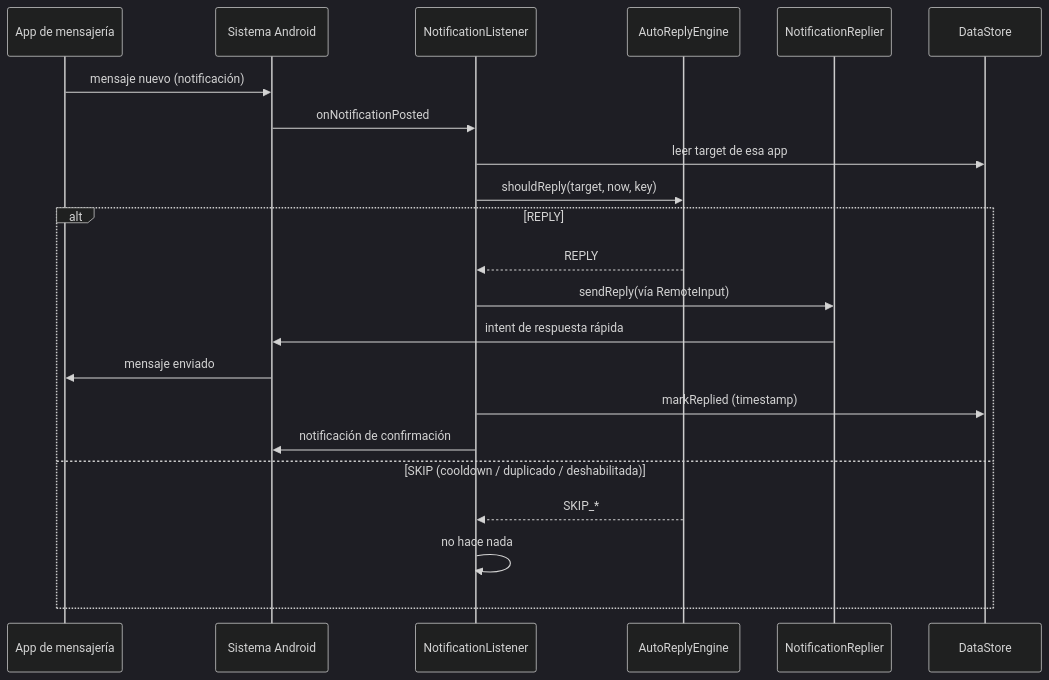
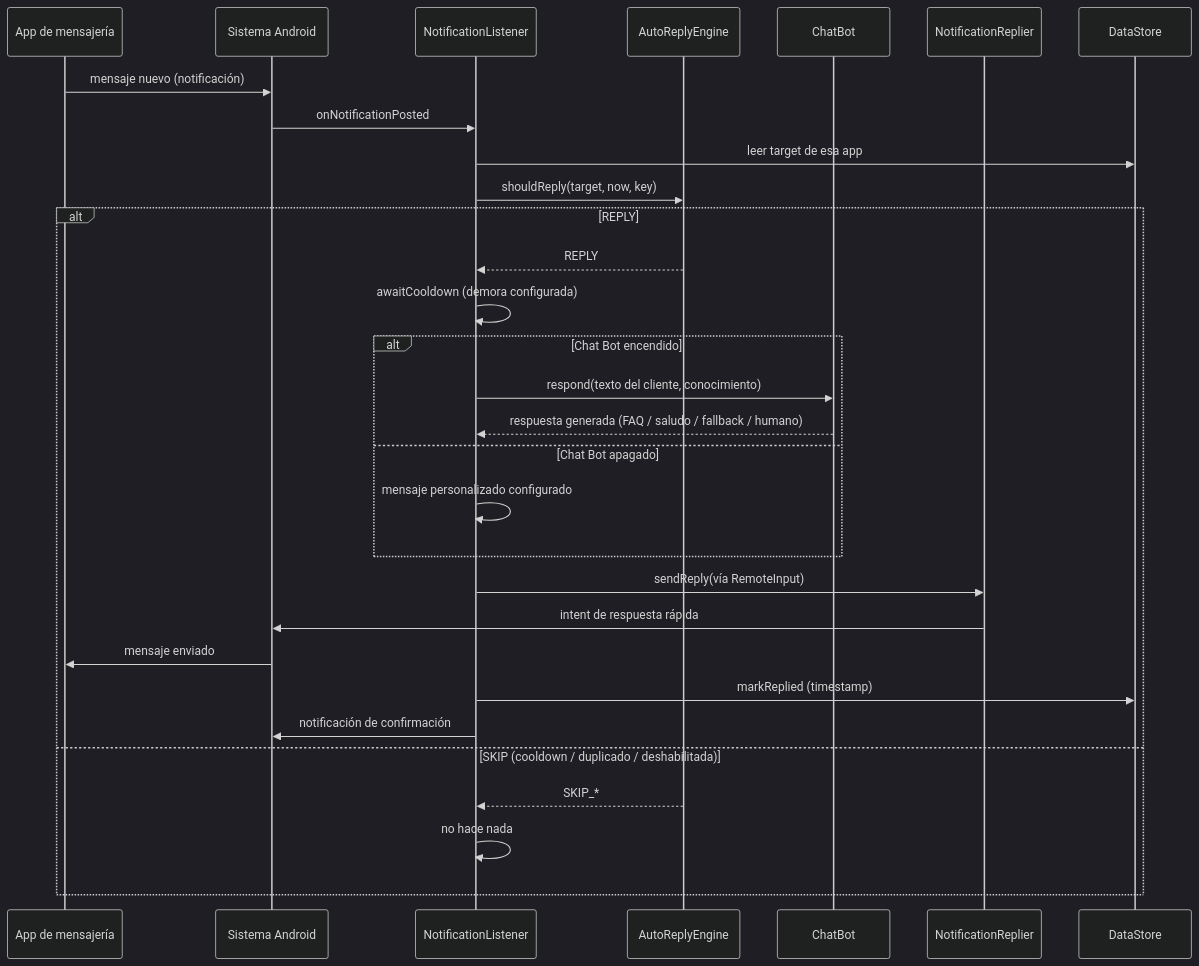
The second of 2 diagrams in DIAGRAM.md (Datecomp-Devs/DCA), drawn with Mermaid (dark theme) before and after one commit. The commit also changed other lines of this file and 12 other files, not shown here.

First line of the commit message:
DCA v1.0.4: chat bot bilingue ES/EN con conocimiento adaptado a mensajeria y UI responsiva

````diff
--- a/DIAGRAM.md
+++ b/DIAGRAM.md
@@ -54,25 +59,33 @@
 ```mermaid
 sequenceDiagram
     participant App as App de mensajería
     participant OS as Sistema Android
     participant L as NotificationListener
     participant E as AutoReplyEngine
+    participant B as ChatBot
     participant R as NotificationReplier
     participant D as DataStore
 
     App->>OS: mensaje nuevo (notificación)
     OS->>L: onNotificationPosted
     L->>D: leer target de esa app
     L->>E: shouldReply(target, now, key)
     alt REPLY
         E-->>L: REPLY
+        L->>L: awaitCooldown (demora configurada)
+        alt Chat Bot encendido
+            L->>B: respond(texto del cliente, conocimiento)
+            B-->>L: respuesta generada (FAQ / saludo / fallback / humano)
+        else Chat Bot apagado
+            L->>L: mensaje personalizado configurado
+        end
         L->>R: sendReply(vía RemoteInput)
         R->>OS: intent de respuesta rápida
         OS->>App: mensaje enviado
         L->>D: markReplied (timestamp)
         L->>OS: notificación de confirmación
     else SKIP (cooldown / duplicado / deshabilitada)
         E-->>L: SKIP_*
         L->>L: no hace nada
     end
 ```
````
